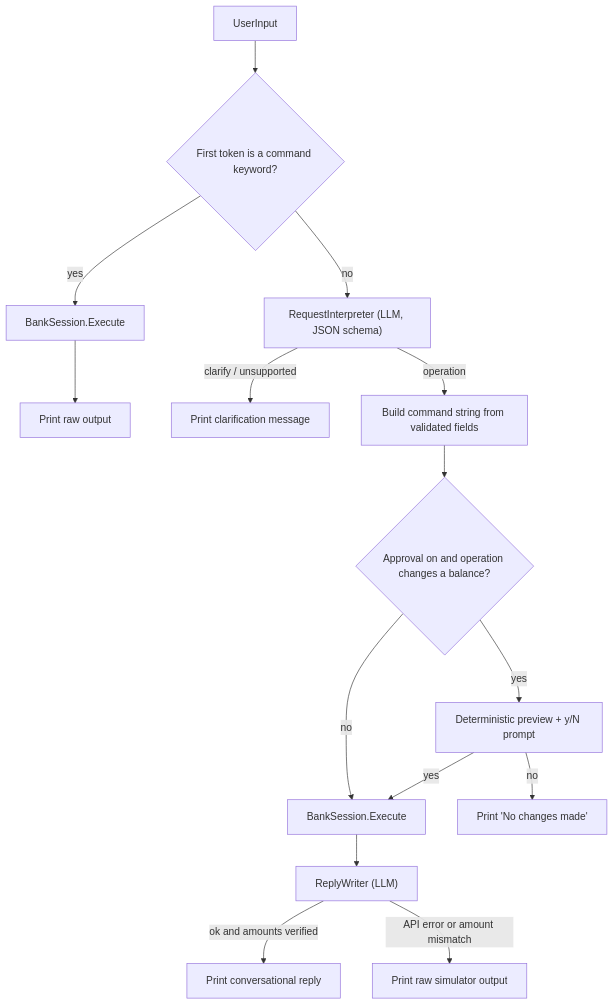
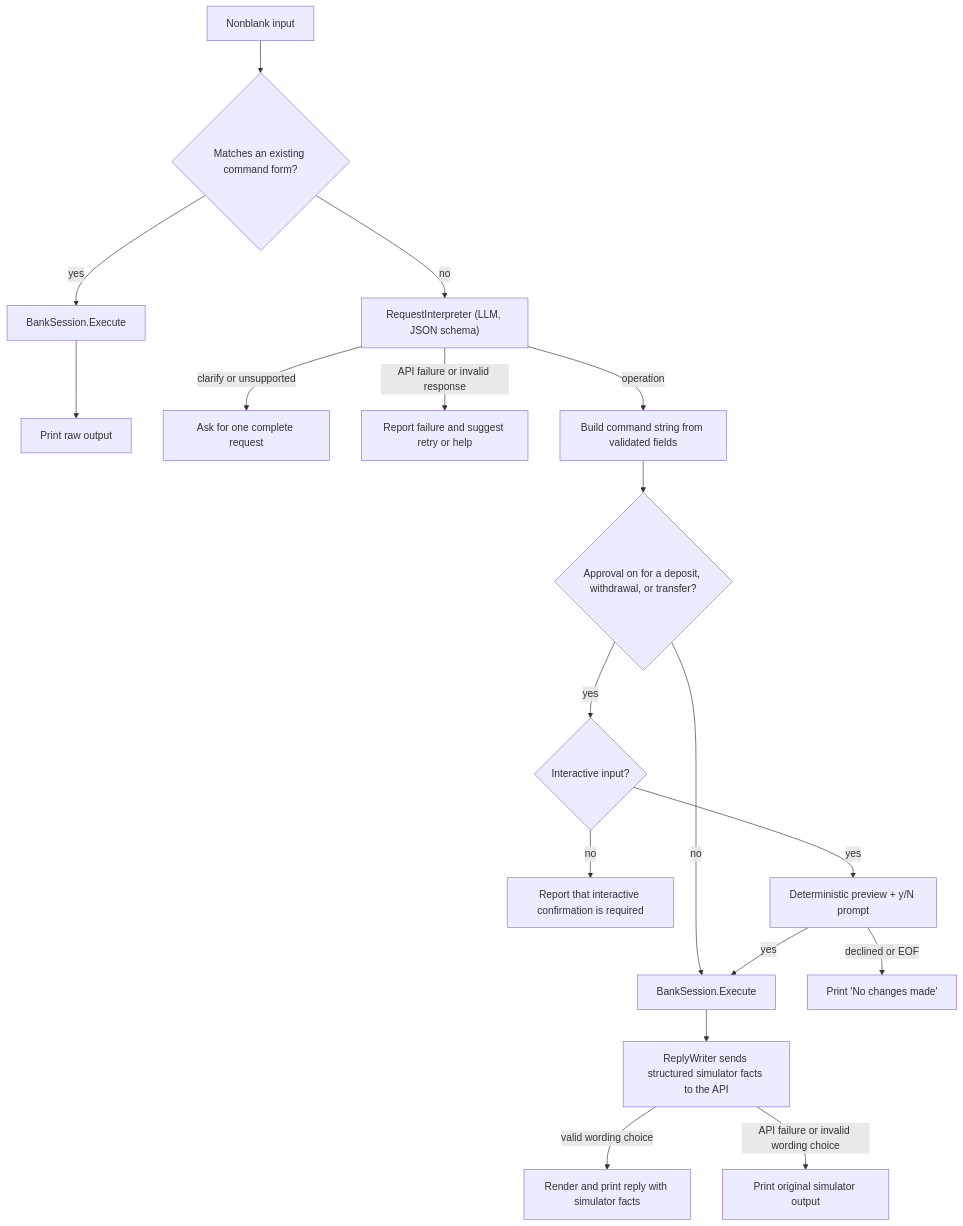
Before and after one commit to willpiam/mainstreet: the diagram in .cursor/plans/nl_banking_with_approval_9f2c99f4.plan.md, drawn with Mermaid. The commit also changed other lines of this file, not shown here.

````diff
--- a/.cursor/plans/nl_banking_with_approval_9f2c99f4.plan.md
+++ b/.cursor/plans/nl_banking_with_approval_9f2c99f4.plan.md
@@ -36,16 +42,19 @@
 ```mermaid
 flowchart TD
-    input[UserInput] --> isCmd{"First token is a command keyword?"}
+    input[Nonblank input] --> isCmd{"Matches an existing command form?"}
     isCmd -->|yes| runRaw[BankSession.Execute] --> printRaw[Print raw output]
     isCmd -->|no| interpret["RequestInterpreter (LLM, JSON schema)"]
-    interpret -->|clarify / unsupported| askUser[Print clarification message]
+    interpret -->|clarify or unsupported| askUser[Ask for one complete request]
+    interpret -->|API failure or invalid response| interpretError[Report failure and suggest retry or help]
     interpret -->|operation| build[Build command string from validated fields]
-    build --> needsApproval{"Approval on and operation changes a balance?"}
+    build --> needsApproval{"Approval on for a deposit, withdrawal, or transfer?"}
     needsApproval -->|no| run[BankSession.Execute]
-    needsApproval -->|yes| preview["Deterministic preview + y/N prompt"]
-    preview -->|no| cancelled[Print 'No changes made']
+    needsApproval -->|yes| inputMode{"Interactive input?"}
+    inputMode -->|no| blocked[Report that interactive confirmation is required]
+    inputMode -->|yes| preview["Deterministic preview + y/N prompt"]
+    preview -->|declined or EOF| cancelled[Print 'No changes made']
     preview -->|yes| run
-    run --> reply["ReplyWriter (LLM)"]
-    reply -->|ok and amounts verified| printReply[Print conversational reply]
-    reply -->|API error or amount mismatch| printRaw2[Print raw simulator output]
+    run --> reply["ReplyWriter sends structured simulator facts to the API"]
+    reply -->|valid wording choice| printReply[Render and print reply with simulator facts]
+    reply -->|API failure or invalid wording choice| printRaw2[Print original simulator output]
 ```
````
